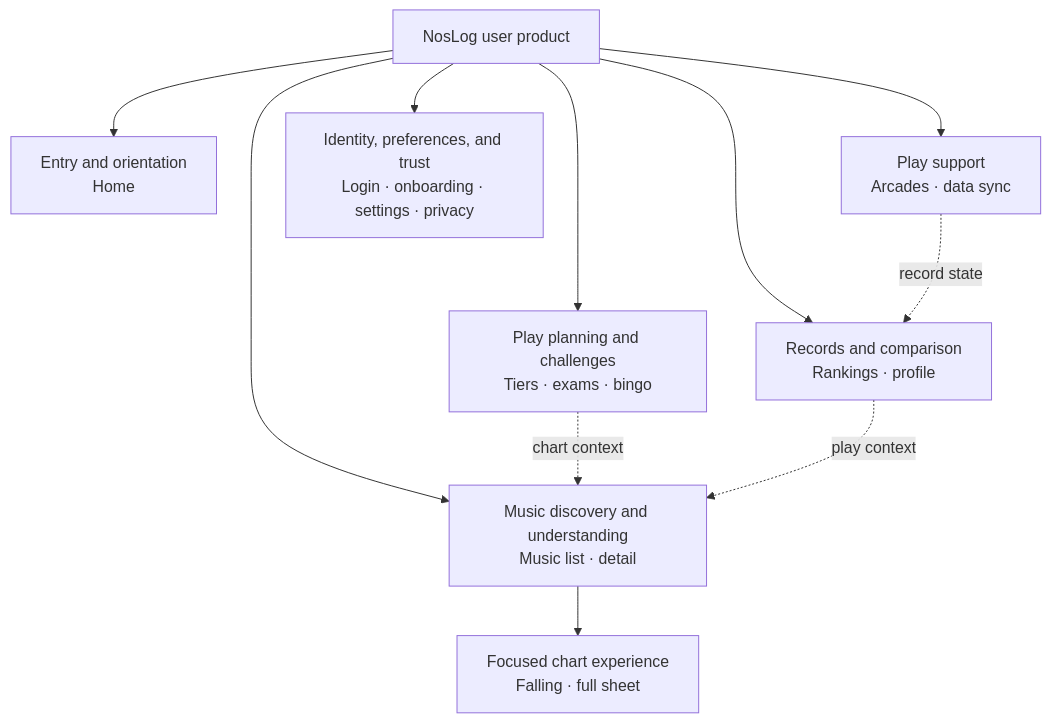
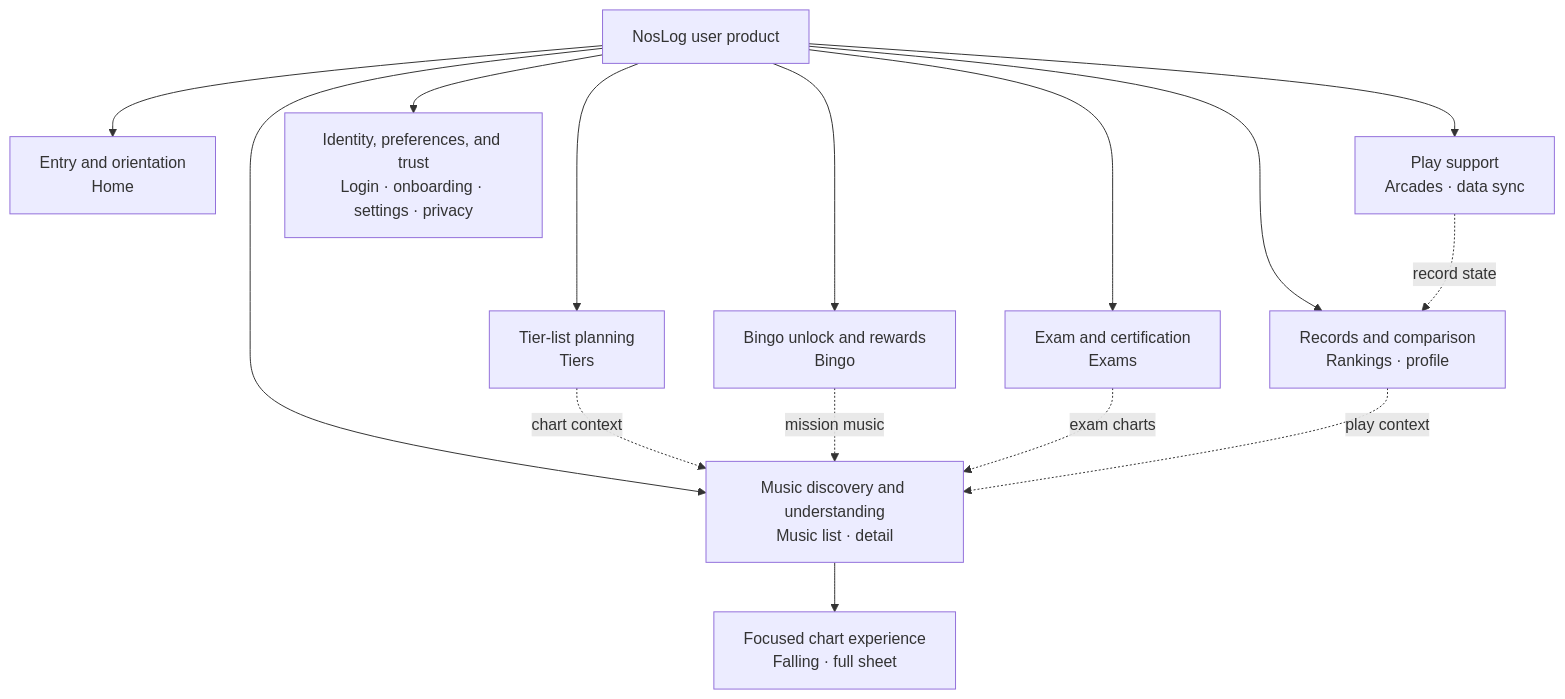
Before and after one commit to Anchovia/noslog: the diagram in docs/design/02-information-architecture.md, drawn with Mermaid. The commit also changed other lines of this file and 2 other files, not shown here.

````diff
--- a/docs/design/02-information-architecture.md
+++ b/docs/design/02-information-architecture.md
@@ -134,22 +172,28 @@
 ```mermaid
 flowchart TD
     ROOT["NosLog user product"]
     HOME["Entry and orientation<br/>Home"]
     MUSIC["Music discovery and understanding<br/>Music list · detail"]
-    PLAN["Play planning and challenges<br/>Tiers · exams · bingo"]
+    TIERS["Tier-list planning<br/>Tiers"]
+    BINGO["Bingo unlock and rewards<br/>Bingo"]
+    EXAMS["Exam and certification<br/>Exams"]
     RECORDS["Records and comparison<br/>Rankings · profile"]
     SUPPORT["Play support<br/>Arcades · data sync"]
     TRUST["Identity, preferences, and trust<br/>Login · onboarding · settings · privacy"]
     VIEWER["Focused chart experience<br/>Falling · full sheet"]
 
     ROOT --> HOME
     ROOT --> MUSIC
-    ROOT --> PLAN
+    ROOT --> TIERS
+    ROOT --> BINGO
+    ROOT --> EXAMS
     ROOT --> RECORDS
     ROOT --> SUPPORT
     ROOT --> TRUST
     MUSIC --> VIEWER
-    PLAN -. "chart context" .-> MUSIC
+    TIERS -. "chart context" .-> MUSIC
+    BINGO -. "mission music" .-> MUSIC
+    EXAMS -. "exam charts" .-> MUSIC
     RECORDS -. "play context" .-> MUSIC
     SUPPORT -. "record state" .-> RECORDS
 ```
````
